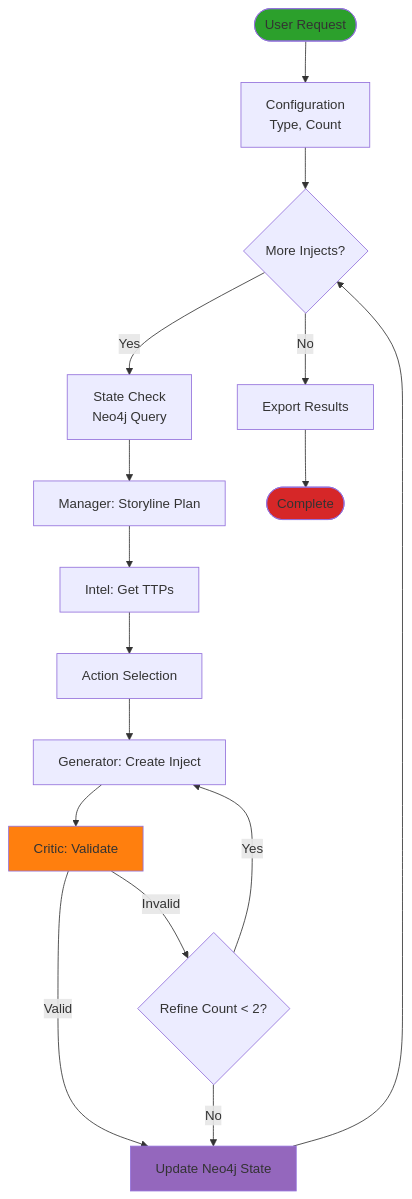
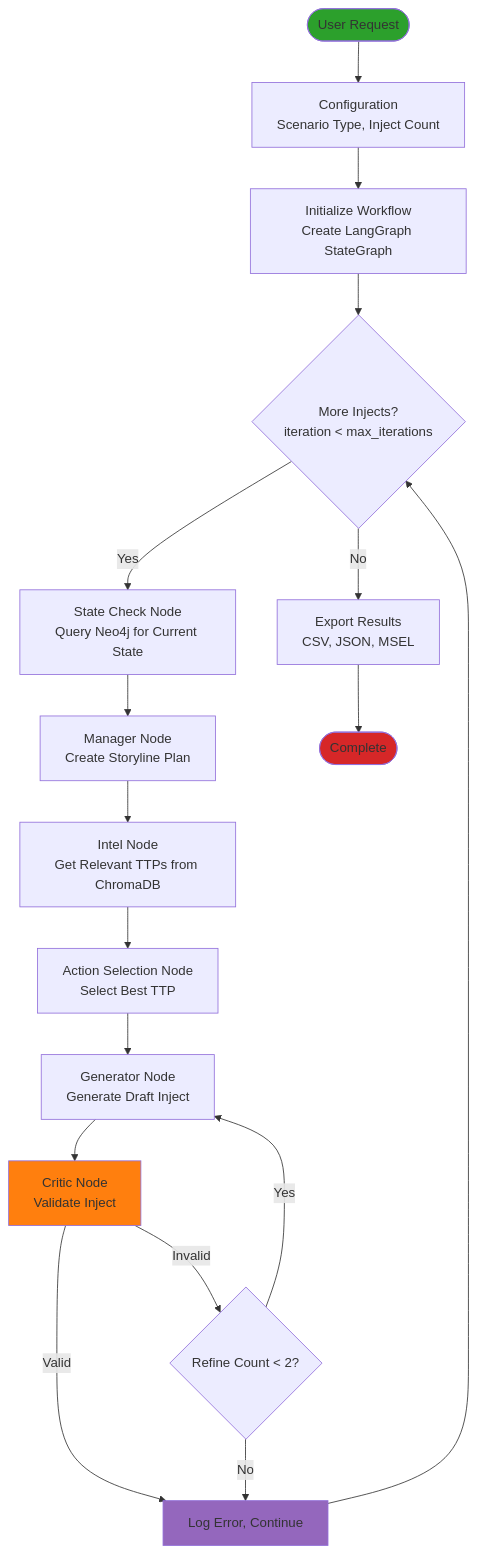
Before and after one commit to FinnHai/Dora-Gen: the third of 4 diagrams in ARCHITECTURE.md, drawn with Mermaid. The commit also changed other lines of this file and 12 other files, not shown here.

````diff
--- a/ARCHITECTURE.md
+++ b/ARCHITECTURE.md
@@ -235,31 +535,33 @@
 ```mermaid
 flowchart TD
-    START([User Request]) --> CONFIG[Configuration<br/>Type, Count]
+    START([User Request]) --> CONFIG[Configuration<br/>Scenario Type, Inject Count]
     
-    CONFIG --> LOOP{More Injects?}
+    CONFIG --> INIT[Initialize Workflow<br/>Create LangGraph StateGraph]
     
-    LOOP -->|Yes| STATE[State Check<br/>Neo4j Query]
-    LOOP -->|No| EXPORT[Export Results]
+    INIT --> LOOP{More Injects?<br/>iteration < max_iterations}
     
-    STATE --> PLAN[Manager: Storyline Plan]
-    PLAN --> TTP[Intel: Get TTPs]
-    TTP --> SELECT[Action Selection]
-    SELECT --> GEN[Generator: Create Inject]
+    LOOP -->|Yes| STATE[State Check Node<br/>Query Neo4j for Current State]
+    LOOP -->|No| EXPORT[Export Results<br/>CSV, JSON, MSEL]
     
-    GEN --> VALID[Critic: Validate]
+    STATE --> PLAN[Manager Node<br/>Create Storyline Plan]
+    PLAN --> TTP[Intel Node<br/>Get Relevant TTPs from ChromaDB]
+    TTP --> SELECT[Action Selection Node<br/>Select Best TTP]
+    SELECT --> GEN[Generator Node<br/>Generate Draft Inject]
     
-    VALID -->|Valid| UPDATE[Update Neo4j State]
+    GEN --> VALID[Critic Node<br/>Validate Inject]
+    
+    VALID -->|Valid| UPDATE[State Update Node<br/>Update Neo4j State]
     VALID -->|Invalid| REFINE{Refine Count < 2?}
     
     REFINE -->|Yes| GEN
-    REFINE -->|No| UPDATE
+    REFINE -->|No| UPDATE[Log Error, Continue]
     
     UPDATE --> LOOP
     
     EXPORT --> END([Complete])
     
     style START fill:#2ca02c
     style END fill:#d62728
     style VALID fill:#ff7f0e
     style UPDATE fill:#9467bd
 ```
````
